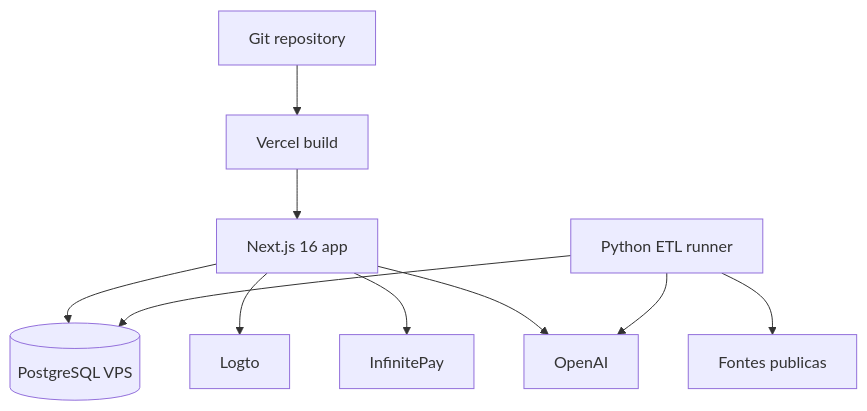
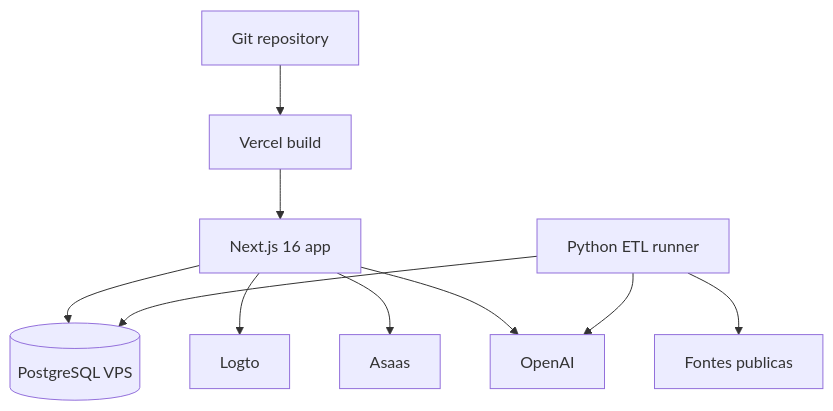
Before and after one commit to paulobolliger/meus-politicos: the first of 2 diagrams in docs/DEPLOYMENT.md, drawn with Mermaid. The commit also changed other lines of this file and 140 other files, not shown here.

````diff
--- a/docs/DEPLOYMENT.md
+++ b/docs/DEPLOYMENT.md
@@ -24,12 +24,12 @@
 ```mermaid
 flowchart TB
   GH[Git repository] --> V[Vercel build]
   V --> NEXT[Next.js 16 app]
   NEXT --> PG[(PostgreSQL VPS)]
   NEXT --> LOGTO[Logto]
-  NEXT --> IPAY[InfinitePay]
+  NEXT --> ASAAS[Asaas]
   NEXT --> OPENAI[OpenAI]
   ETL[Python ETL runner] --> PG
   ETL --> FONTES[Fontes publicas]
   ETL --> OPENAI
 ```
````
